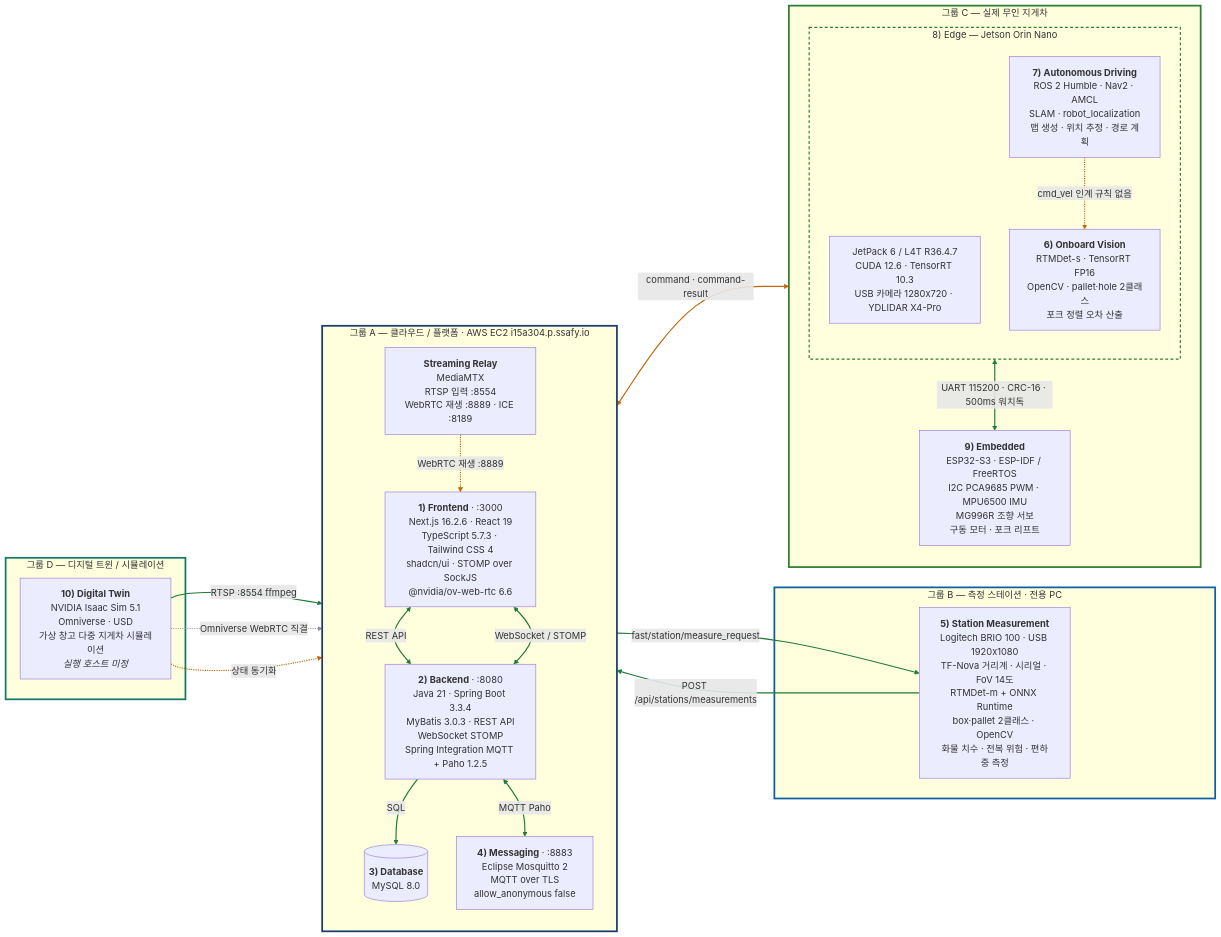
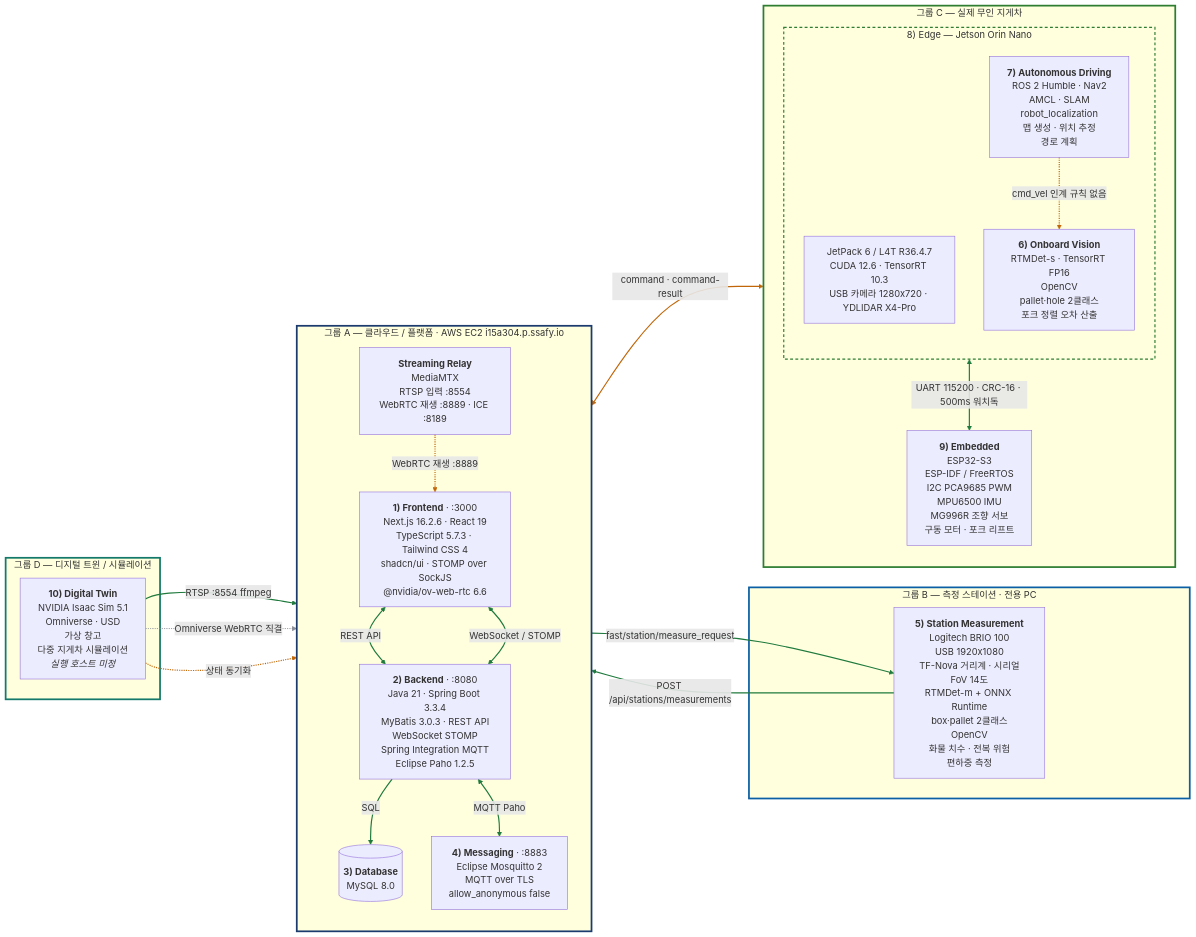
One commit to bjs0306b/fast-autonomous-forklift changed the diagram in docs/아키텍처-다이어그램.md. Above: the diagram before and after it, drawn with Mermaid.

Commit message:
style(docs): 노드 라벨을 짧게 끊어 한글이 단어 중간에서 안 깨지게 한다
mermaid 가 노드 폭에 맞춰 자동 줄바꿈하는데 한국어는 어절 사이 공백이 적어 pallet-hole 2클래 / 스, 경로 계 / 획, 편하 / 중 측정 처럼 단어 한가운데가 갈렸다. 한 줄에 담는 항목 수를 줄여 자동 줄바꿈이 걸리지 않게 했다.

```diff
--- a/docs/아키텍처-다이어그램.md
+++ b/docs/아키텍처-다이어그램.md
@@ -15,7 +15,8 @@
     Java 21 · Spring Boot 3.3.4
     MyBatis 3.0.3 · REST API
     WebSocket STOMP
-    Spring Integration MQTT + Paho 1.2.5`"]
+    Spring Integration MQTT
+    Eclipse Paho 1.2.5`"]
     D3[("`**3) Database**
     MySQL 8.0`")]
     M4["`**4) Messaging** · :8883
@@ -30,11 +31,15 @@
 
   subgraph GB["그룹 B — 측정 스테이션 · 전용 PC"]
     S5["`**5) Station Measurement**
-    Logitech BRIO 100 · USB 1920x1080
-    TF-Nova 거리계 · 시리얼 · FoV 14도
+    Logitech BRIO 100
+    USB 1920x1080
+    TF-Nova 거리계 · 시리얼
+    FoV 14도
     RTMDet-m + ONNX Runtime
-    box·pallet 2클래스 · OpenCV
-    화물 치수 · 전복 위험 · 편하중 측정`"]
+    box·pallet 2클래스
+    OpenCV
+    화물 치수 · 전복 위험
+    편하중 측정`"]
   end
 
   subgraph GC["그룹 C — 실제 무인 지게차"]
@@ -46,16 +51,21 @@
       USB 카메라 1280x720 · YDLIDAR X4-Pro`"]
       V6["`**6) Onboard Vision**
       RTMDet-s · TensorRT FP16
-      OpenCV · pallet·hole 2클래스
+      OpenCV
+      pallet·hole 2클래스
       포크 정렬 오차 산출`"]
       N7["`**7) Autonomous Driving**
-      ROS 2 Humble · Nav2 · AMCL
-      SLAM · robot_localization
-      맵 생성 · 위치 추정 · 경로 계획`"]
+      ROS 2 Humble · Nav2
+      AMCL · SLAM
+      robot_localization
+      맵 생성 · 위치 추정
+      경로 계획`"]
     end
     EM9["`**9) Embedded**
-    ESP32-S3 · ESP-IDF / FreeRTOS
-    I2C PCA9685 PWM · MPU6500 IMU
+    ESP32-S3
+    ESP-IDF / FreeRTOS
+    I2C PCA9685 PWM
+    MPU6500 IMU
     MG996R 조향 서보
     구동 모터 · 포크 리프트`"]
   end
@@ -64,7 +74,8 @@
     T10["`**10) Digital Twin**
     NVIDIA Isaac Sim 5.1
     Omniverse · USD
-    가상 창고 다중 지게차 시뮬레이션
+    가상 창고
+    다중 지게차 시뮬레이션
     _실행 호스트 미정_`"]
   end
 
```
